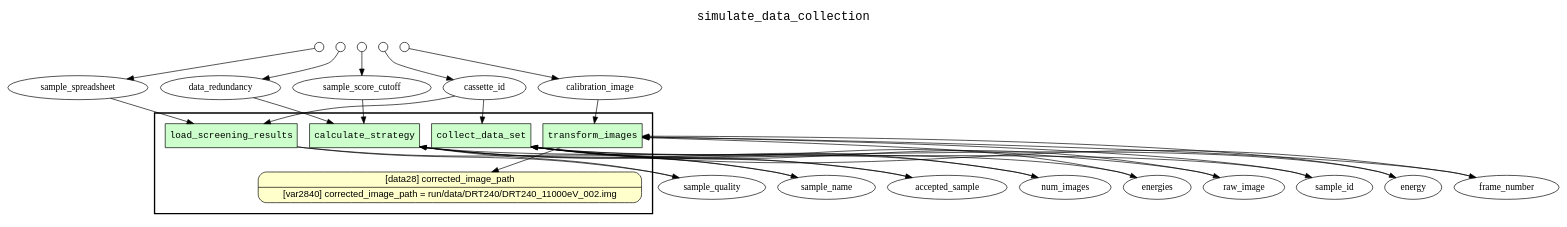
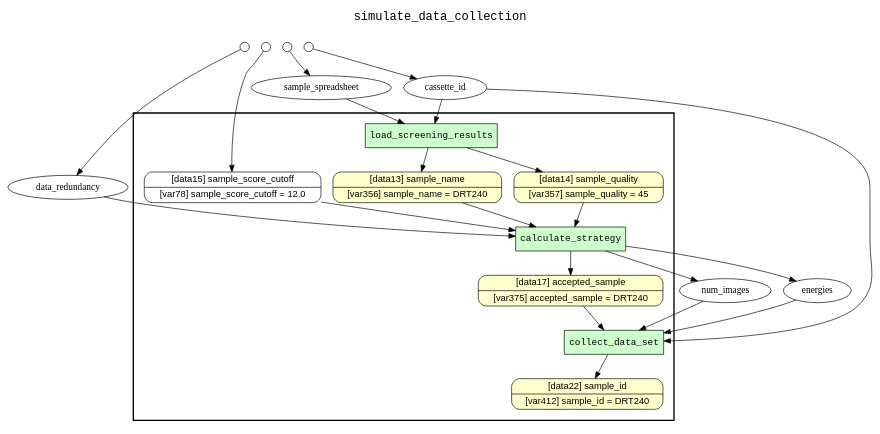
The diagram in examples/simulate_data_collection/yw_nw_retrospective_lineage.gv (yesworkflow-org/yw-noworkflow), drawn with Graphviz before and after one commit. The commit also changed 30 other files, not shown here.

```diff
--- a/examples/simulate_data_collection/yw_nw_retrospective_lineage.gv
+++ b/examples/simulate_data_collection/yw_nw_retrospective_lineage.gv
@@ -1,62 +1,53 @@
 
 digraph yw_data_view {
 rankdir=TB
 fontname=Courier; fontsize=18; labelloc=t
 label="simulate_data_collection"
 subgraph cluster_workflow { label=""; color=black; penwidth=2
 subgraph cluster_workflow_inner { label=""; color=white
 node[shape=box style="filled" fillcolor="#CCFFCC" peripheries=1 fontname=Courier]
 load_screening_results
 calculate_strategy
 collect_data_set
-transform_images
 node[shape=box style="filled" fillcolor="#CCFFCC" peripheries=1 fontname=Courier]
 node[shape=box style="rounded,filled" fillcolor="#FFFFCC" peripheries=1 fontname=Helvetica]
-corrected_image_path [shape=record rankdir=LR label="{<f0> [data28] corrected_image_path |<f1> [var2842] corrected_image_path = run/data/DRT240/DRT240_11000eV_002.img}"]
-corrected_image_path [shape=record rankdir=LR label="{<f0> [data28] corrected_image_path |<f1> [var2840] corrected_image_path = run/data/DRT240/DRT240_11000eV_002.img}"]
+sample_name [shape=record rankdir=LR label="{<f0> [data13] sample_name |<f1> [var356] sample_name = DRT240}"]
+sample_quality [shape=record rankdir=LR label="{<f0> [data14] sample_quality |<f1> [var357] sample_quality = 45}"]
+accepted_sample [shape=record rankdir=LR label="{<f0> [data17] accepted_sample |<f1> [var375] accepted_sample = DRT240}"]
+sample_id [shape=record rankdir=LR label="{<f0> [data22] sample_id |<f1> [var412] sample_id = DRT240}"]
 node[shape=box style="rounded,filled" fillcolor="#FFFFFF" peripheries=1 fontname=Helvetica]
+sample_score_cutoff [shape=record rankdir=LR label="{<f0> [data15] sample_score_cutoff |<f1> [var78] sample_score_cutoff = 12.0}"]
 }}
 subgraph cluster_inflows { label=""; color=white; penwidth=2
 subgraph cluster_inflows_inner { label=""; color=white
 node[shape=circle fillcolor="#FFFFFF" peripheries=1 width=0.2]
 data_redundancy_inflow [label=""]
 sample_score_cutoff_inflow [label=""]
 cassette_id_inflow [label=""]
-calibration_image_inflow [label=""]
 sample_spreadsheet_inflow [label=""]
 }}
 subgraph cluster_outflows { label=""; color=white; penwidth=2
 subgraph cluster_outflows_inner { label=""; color=white
 node[shape=circle fillcolor="#FFFFFF" peripheries=1 width=0.2]
 }}
 cassette_id -> load_screening_results
 cassette_id -> collect_data_set
 sample_spreadsheet -> load_screening_results
 sample_name -> calculate_strategy
 sample_quality -> calculate_strategy
 sample_score_cutoff -> calculate_strategy
 data_redundancy -> calculate_strategy
 accepted_sample -> collect_data_set
 num_images -> collect_data_set
 energies -> collect_data_set
-sample_id -> transform_images
-energy -> transform_images
-frame_number -> transform_images
-raw_image -> transform_images
-calibration_image -> transform_images
 load_screening_results -> sample_name
 load_screening_results -> sample_quality
 calculate_strategy -> accepted_sample
 calculate_strategy -> num_images
 calculate_strategy -> energies
 collect_data_set -> sample_id
-collect_data_set -> energy
-collect_data_set -> frame_number
-collect_data_set -> raw_image
-transform_images -> corrected_image_path
 data_redundancy_inflow -> data_redundancy
 sample_score_cutoff_inflow -> sample_score_cutoff
 cassette_id_inflow -> cassette_id
-calibration_image_inflow -> calibration_image
 sample_spreadsheet_inflow -> sample_spreadsheet
 }
```
